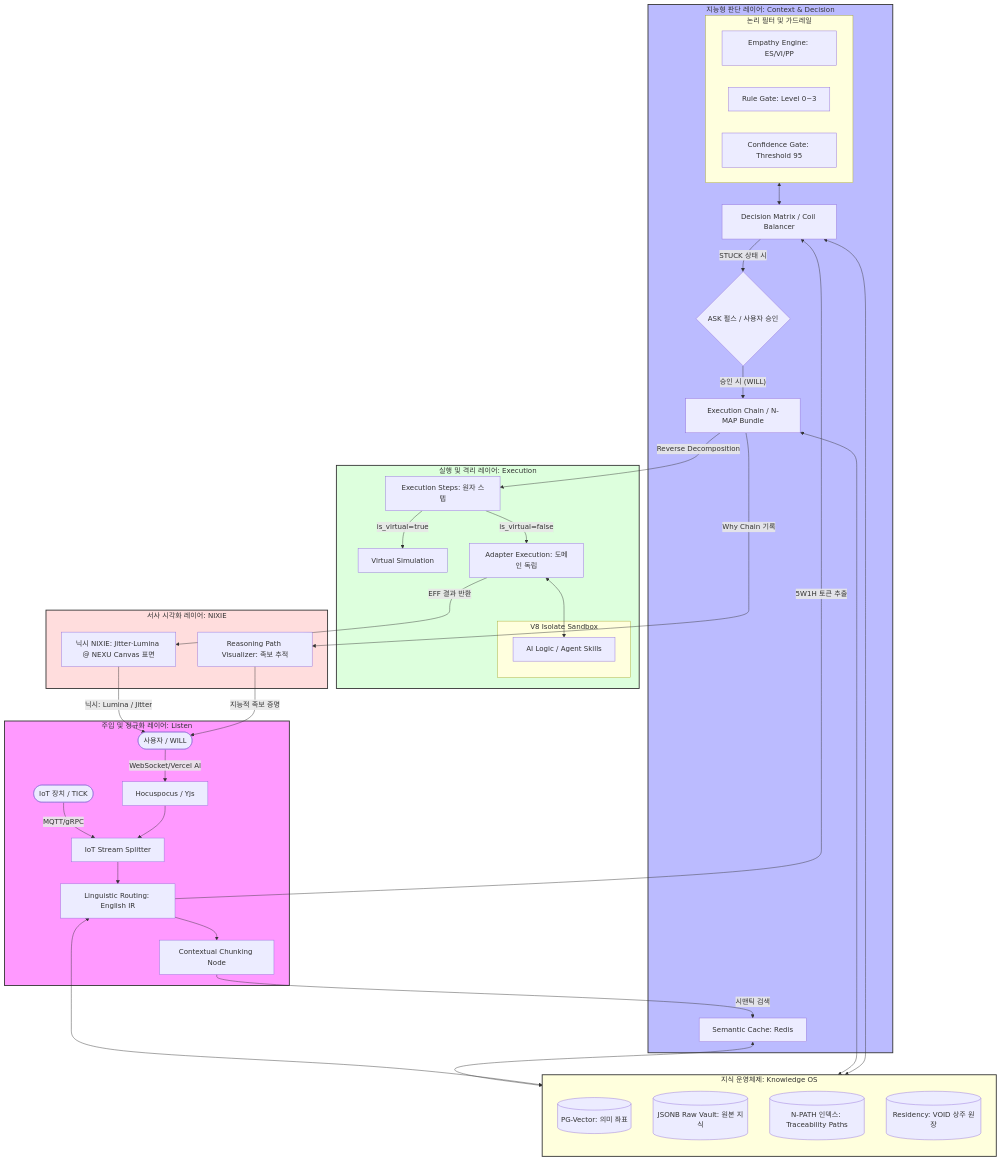
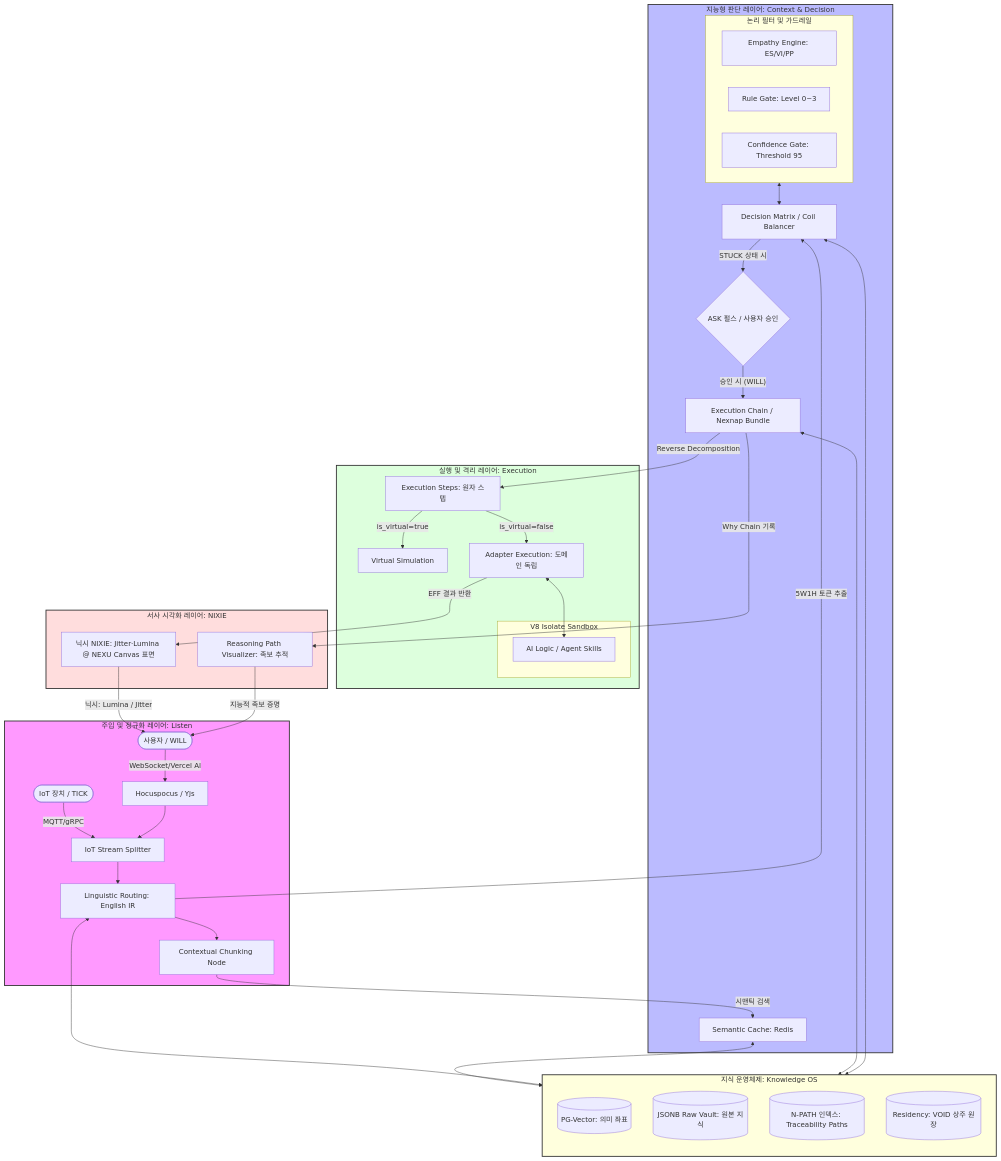
Before and after one commit to U2SOUTION/NEXA: the second of 2 diagrams in NEXA-Platform/docs/Nexion/NEXA 부록-협업 스택·큐·오케스트레이션 흐름·머메이드.md, drawn with Mermaid. The commit also changed other lines of this file and 76 other files, not shown here.

````diff
--- a/NEXA-Platform/docs/Nexion/NEXA 부록-협업 스택·큐·오케스트레이션 흐름·머메이드.md
+++ b/NEXA-Platform/docs/Nexion/NEXA 부록-협업 스택·큐·오케스트레이션 흐름·머메이드.md
@@ -203,73 +203,73 @@
 ```mermaid
 graph TD
     %% 1. 외부 입력 및 주입 레이어 (Listen)
     subgraph Ingestion_Layer [주입 및 정규화 레이어: Listen]
         IoT([IoT 장치 / TICK]) -- "MQTT/gRPC" --> ISS[IoT Stream Splitter]
         User([사용자 / WILL]) -- "WebSocket/Vercel AI" --> HP[Hocuspocus / Yjs]
         HP --> ISS
 
         ISS --> LR[Linguistic Routing: English IR]
         LR --> CC[Contextual Chunking Node]
     end
 
     %% 2. 오케스트레이션 및 판단 레이어 (Context & Decision)
     subgraph Intelligence_Brain [지능형 판단 레이어: Context & Decision]
         LR -- "5W1H 토큰 추출" --> DM[Decision Matrix / Coil Balancer]
         CC -- "시맨틱 검색" --> SC[Semantic Cache: Redis]
 
         subgraph Logic_Filters [논리 필터 및 가드레일]
             EE[Empathy Engine: ES/VI/PP]
             RG[Rule Gate: Level 0~3]
             CG[Confidence Gate: Threshold 95]
         end
 
         Logic_Filters <--> DM
         DM -- "STUCK 상태 시" --> ASK{ASK 펄스 / 사용자 승인}
-        ASK -- "승인 시 (WILL)" --> EC[Execution Chain / N-MAP Bundle]
+        ASK -- "승인 시 (WILL)" --> EC[Execution Chain / Nexnap Bundle]
     end
 
     %% 3. 실행 및 샌드박스 레이어 (Execution)
     subgraph Execution_Layer [실행 및 격리 레이어: Execution]
         EC -- "Reverse Decomposition" --> ES[Execution Steps: 원자 스텝]
         ES -- "is_virtual=true" --> SIM[Virtual Simulation]
         ES -- "is_virtual=false" --> AD[Adapter Execution: 도메인 독립]
 
         subgraph Sandbox [V8 Isolate Sandbox]
             AL[AI Logic / Agent Skills]
         end
         AD <--> AL
     end
 
     %% 4. 지식 운영체제 및 저장 레이어 (Storage)
     subgraph Knowledge_OS [지식 운영체제: Knowledge OS]
         direction TB
         PGV[(PG-Vector: 의미 좌표)]
         JRV[(JSONB Raw Vault: 원본 지식)]
         NPATH[(N-PATH 인덱스: Traceability Paths)]
         RES[(Residency: VOID 상주 원장)]
     end
 
     %% 5. 시각화 및 피드백 레이어 (NIXIE)
     subgraph NIXIE_Interface [서사 시각화 레이어: NIXIE]
         NIX[닉시 NIXIE: Jitter·Lumina @ NEXU Canvas 표면]
         RPV[Reasoning Path Visualizer: 족보 추적]
     end
 
     %% 데이터 흐름 및 상호작용 연결
     SC <--> PGV
     LR <--> JRV
     EC <--> NPATH
     DM <--> RES
 
     AD -- "EFF 결과 반환" --> NIX
     NIX -- "닉시: Lumina / Jitter" --> User
     EC -- "Why Chain 기록" --> RPV
     RPV -- "지능적 족보 증명" --> User
 
     %% 스타일 정의
     style Ingestion_Layer fill:#f9f,stroke:#333,stroke-width:2px
     style Intelligence_Brain fill:#bbf,stroke:#333,stroke-width:2px
     style Execution_Layer fill:#dfd,stroke:#333,stroke-width:2px
     style Knowledge_OS fill:#ffd,stroke:#333,stroke-width:2px
     style NIXIE_Interface fill:#fdd,stroke:#333,stroke-width:2px
 ```
````
